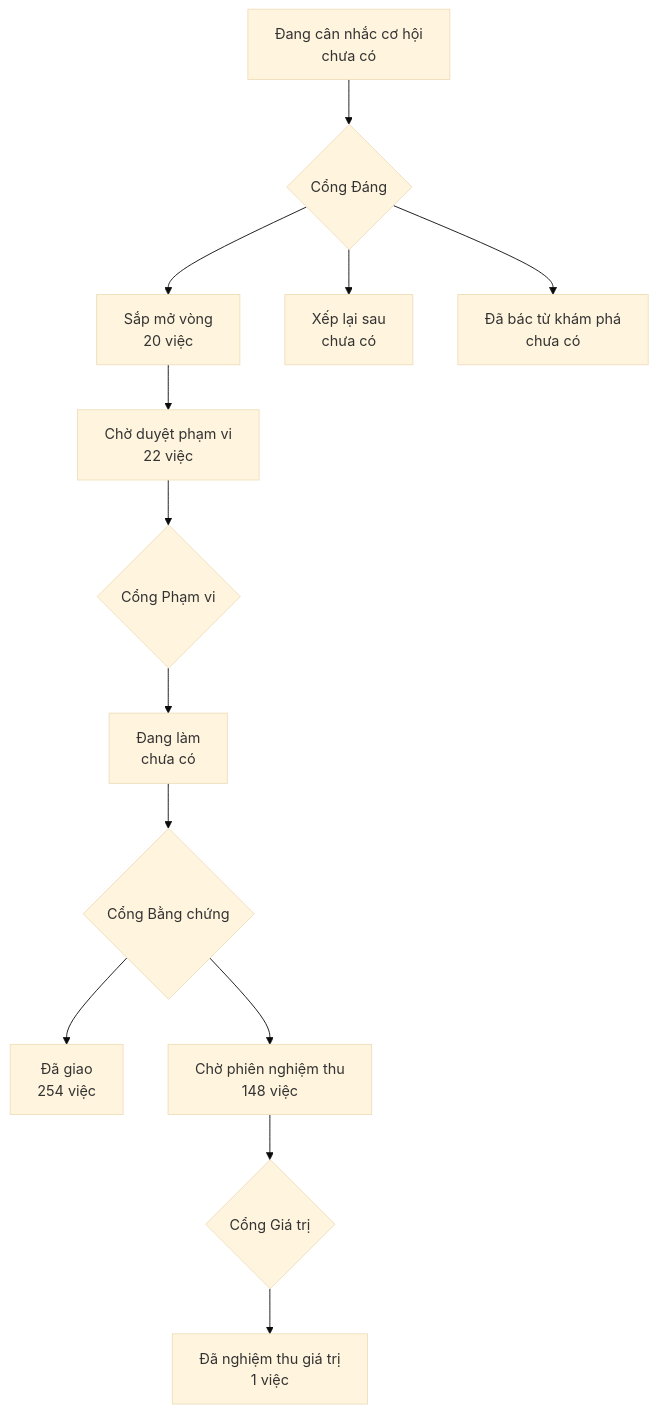
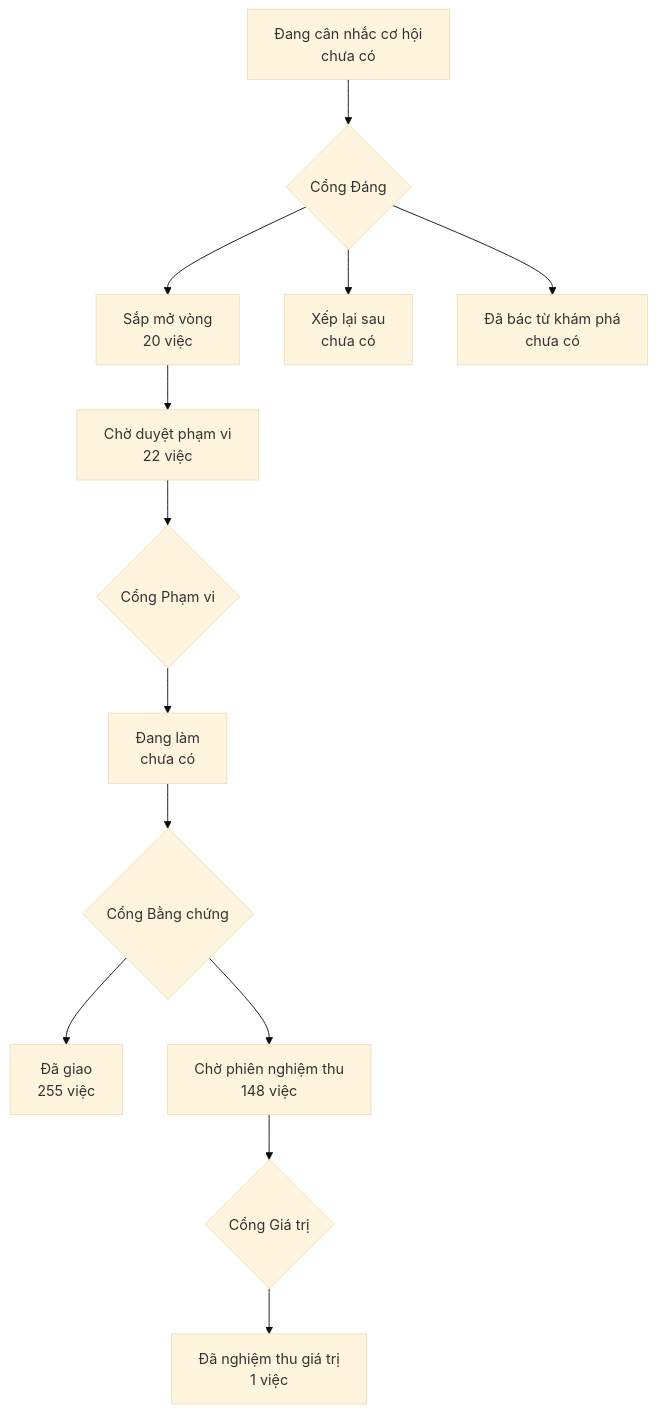
The diagram in PRODUCT-MAP.md (phanlemanh/onehub-invest), drawn with Mermaid (base theme) before and after one commit. The commit also changed other lines of this file and 31 other files, not shown here.

````diff
--- a/PRODUCT-MAP.md
+++ b/PRODUCT-MAP.md
@@ -7,12 +7,12 @@
 ```mermaid
 flowchart TD
   A["Đang cân nhắc cơ hội<br/>chưa có"] --> GD{"Cổng Đáng"}
   GD --> B["Sắp mở vòng<br/>20 việc"]
   GD --> XL["Xếp lại sau<br/>chưa có"]
   GD --> DB["Đã bác từ khám phá<br/>chưa có"]
   B --> CD["Chờ duyệt phạm vi<br/>22 việc"] --> GP{"Cổng Phạm vi"}
   GP --> DL["Đang làm<br/>chưa có"] --> GB{"Cổng Bằng chứng"}
-  GB --> DG["Đã giao<br/>254 việc"]
+  GB --> DG["Đã giao<br/>255 việc"]
   GB --> CN["Chờ phiên nghiệm thu<br/>148 việc"] --> GG{"Cổng Giá trị"}
   GG --> NT["Đã nghiệm thu giá trị<br/>1 việc"]
 ```
````
